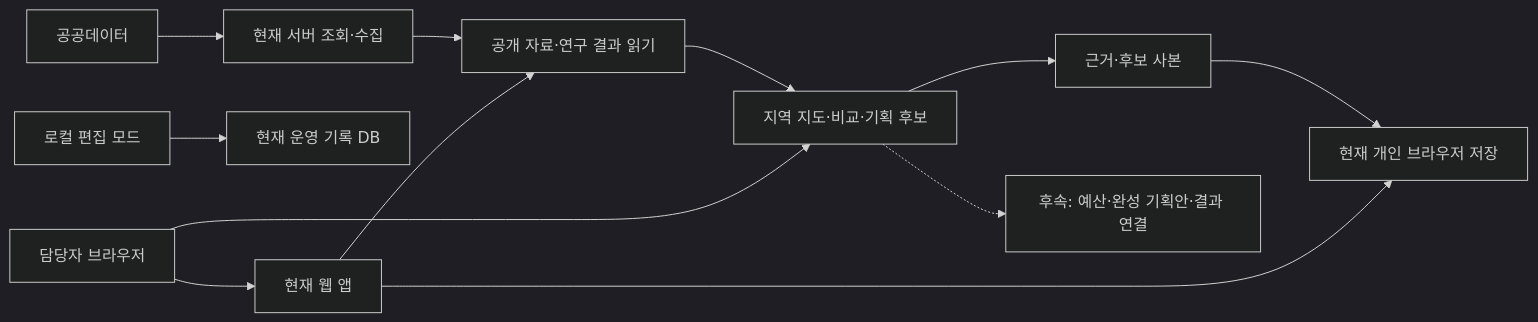
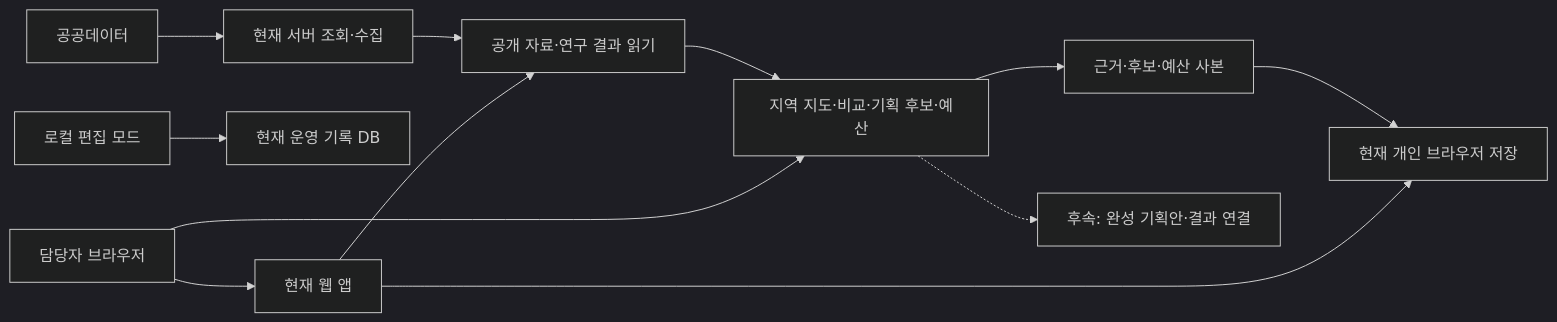
Before and after one commit to gitvssh/fest-compass: the diagram in docs/sdlc/2-design/architecture.md, drawn with Mermaid (dark theme). The commit also changed other lines of this file and 43 other files, not shown here.

````diff
--- a/docs/sdlc/2-design/architecture.md
+++ b/docs/sdlc/2-design/architecture.md
@@ -20,14 +20,14 @@
 ```mermaid
 flowchart LR
   U["담당자 브라우저"] --> WEB["현재 웹 앱"]
   WEB --> READ["공개 자료·연구 결과 읽기"]
   WEB --> LOCAL["현재 개인 브라우저 저장"]
   EDIT["로컬 편집 모드"] --> DB["현재 운영 기록 DB"]
   KTO["공공데이터"] --> FETCH["현재 서버 조회·수집"]
   FETCH --> READ
-  U --> NEW["지역 지도·비교·기획 후보"]
+  U --> NEW["지역 지도·비교·기획 후보·예산"]
   READ --> NEW
-  NEW --> SNAP["근거·후보 사본"]
+  NEW --> SNAP["근거·후보·예산 사본"]
   SNAP --> LOCAL
-  NEW -.-> FUTURE["후속: 예산·완성 기획안·결과 연결"]
+  NEW -.-> FUTURE["후속: 완성 기획안·결과 연결"]
 ```
````
